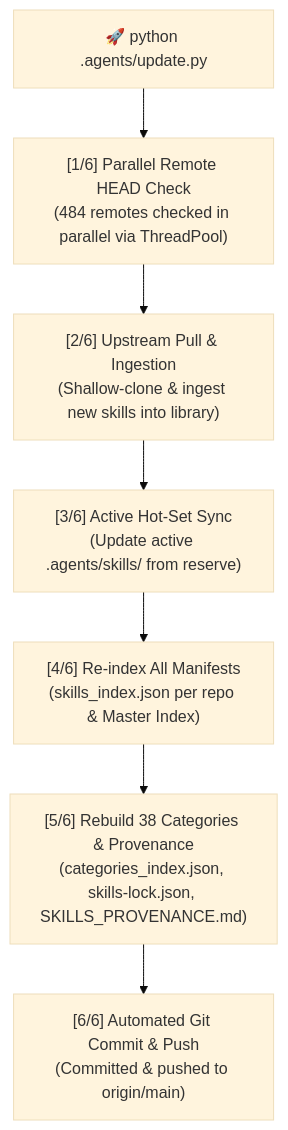
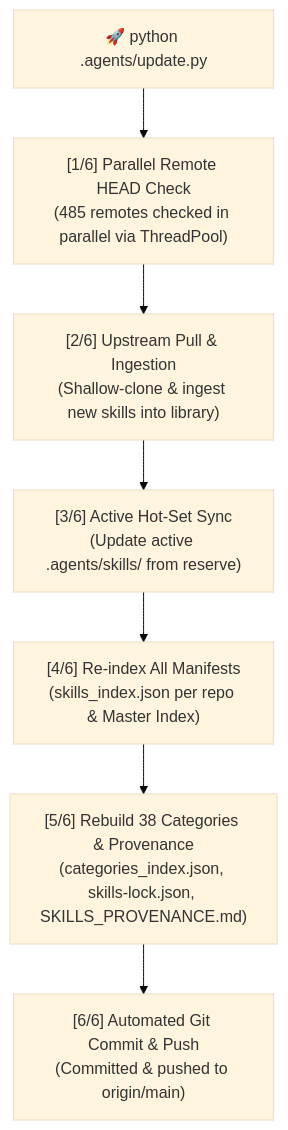
One commit to SeaXen/agentskills changed the diagram in README.md. Above: the diagram before and after it, drawn with Mermaid (base theme). The commit also changed other lines of this file and 822 other files, not shown here.

````diff
--- a/README.md
+++ b/README.md
@@ -155,9 +155,9 @@
 ```mermaid
 flowchart TD
-    A["🚀 python .agents/update.py"] --> B["[1/6] Parallel Remote HEAD Check<br/>(484 remotes checked in parallel via ThreadPool)"]
+    A["🚀 python .agents/update.py"] --> B["[1/6] Parallel Remote HEAD Check<br/>(485 remotes checked in parallel via ThreadPool)"]
     B --> C["[2/6] Upstream Pull & Ingestion<br/>(Shallow-clone & ingest new skills into library)"]
     C --> D["[3/6] Active Hot-Set Sync<br/>(Update active .agents/skills/ from reserve)"]
     D --> E["[4/6] Re-index All Manifests<br/>(skills_index.json per repo & Master Index)"]
     E --> F["[5/6] Rebuild 38 Categories & Provenance<br/>(categories_index.json, skills-lock.json, SKILLS_PROVENANCE.md)"]
     F --> G["[6/6] Automated Git Commit & Push<br/>(Committed & pushed to origin/main)"]
 ```
````
